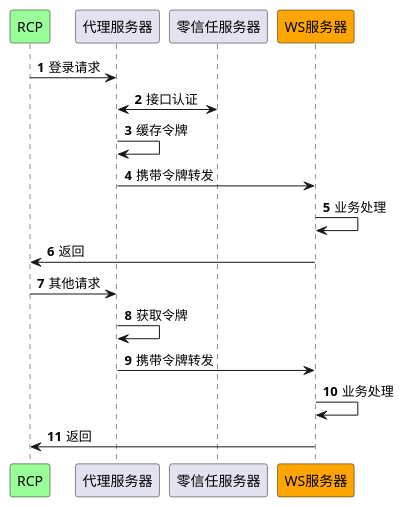
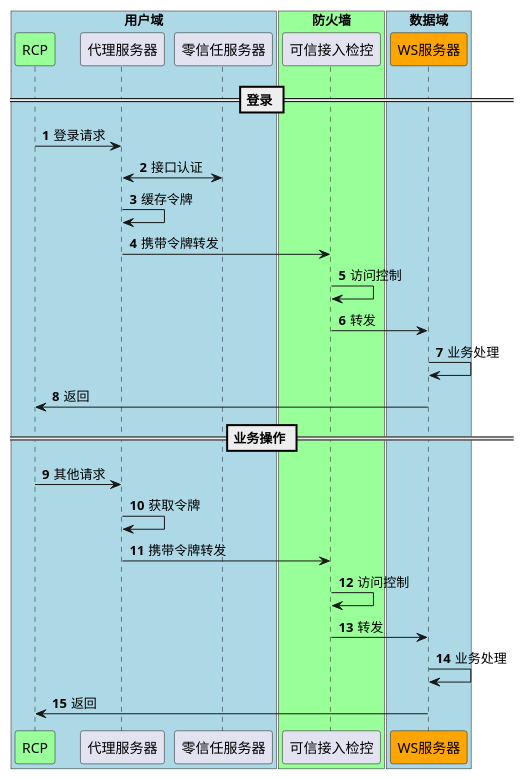
Before and after one commit to mvphjx/MyJavaGuide: the diagram in common/src/main/resources/uml/零信任时序图.puml, drawn with PlantUML. The commit also changed 6 other files, not shown here.

Commit message:
UML画图

```diff
--- a/common/src/main/resources/uml/零信任时序图.puml
+++ b/common/src/main/resources/uml/零信任时序图.puml
@@ -1,20 +1,33 @@
 @startuml
 'https://plantuml.com/sequence-diagram
 
 autonumber
+box "用户域" #LightBlue
 participant "RCP" as Client #99FF99
 participant "代理服务器" as PServer
 participant "零信任服务器" as 0Server
+end box
+box "防火墙" #99FF99
+participant "可信接入检控" as FireWall
+end box
+box "数据域" #LightBlue
 participant "WS服务器" as WSServer #orange
+end box
+== 登录 ==
 Client -> PServer: 登录请求
 PServer <-> 0Server: 接口认证
 PServer -> PServer: 缓存令牌
-PServer -> WSServer: 携带令牌转发
+PServer -> FireWall: 携带令牌转发
+FireWall -> FireWall: 访问控制
+FireWall -> WSServer: 转发
 WSServer -> WSServer: 业务处理
 WSServer -> Client: 返回
+== 业务操作 ==
 Client -> PServer: 其他请求
 PServer -> PServer: 获取令牌
-PServer -> WSServer: 携带令牌转发
+PServer -> FireWall: 携带令牌转发
+FireWall -> FireWall: 访问控制
+FireWall -> WSServer: 转发
 WSServer -> WSServer: 业务处理
 WSServer -> Client: 返回
 @enduml
```
